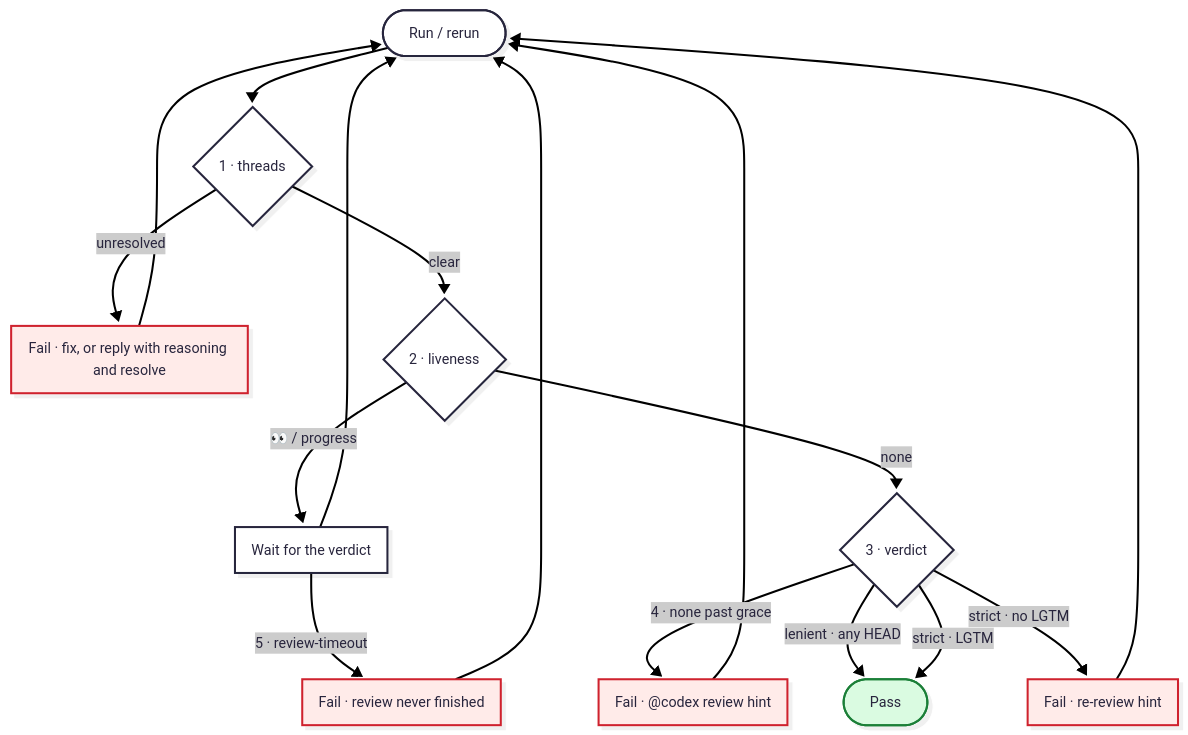
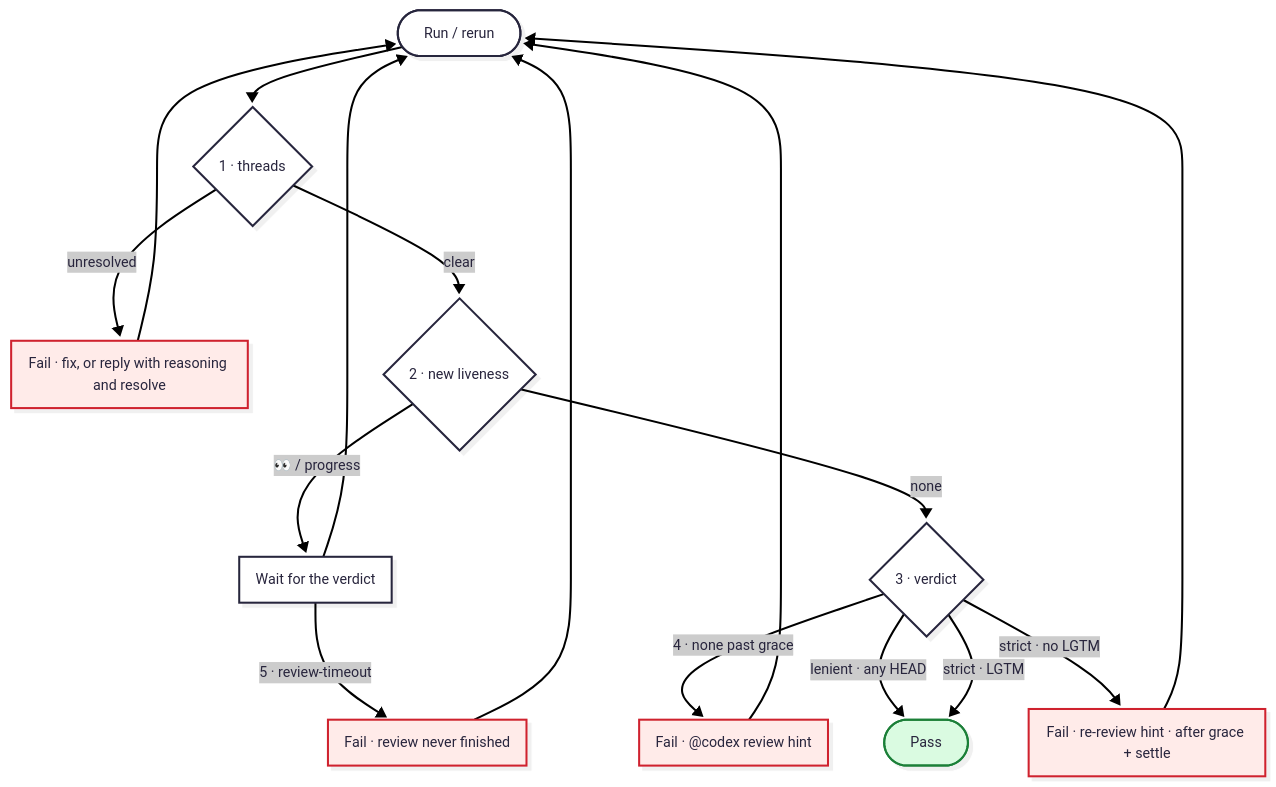
The diagram in README.md (kkkiio/codex-review-check), drawn with Mermaid before and after one commit. The commit also changed other lines of this file, not shown here.

Commit message:
Qualify the liveness edge and the strict failure timing
Only liveness newer than the latest completed verdict starts a wait —
leftover 👀 from a completed review does not — so the diamond now reads
"new liveness". The strict no-LGTM failure fires only after grace and
the settle window, which the diagram node and chain entry now say.

````diff
--- a/README.md
+++ b/README.md
@@ -36,27 +36,27 @@
 ```mermaid
 ---
 config:
   look: neo
   theme: redux
 ---
 flowchart TB
     A([Run / rerun]) --> B{1 · threads}
     B -- unresolved --> C[Fail · fix, or reply with reasoning and resolve]
     C --> A
-    B -- clear --> D{2 · liveness}
+    B -- clear --> D{2 · new liveness}
     D -- "👀 / progress" --> E[Wait for the verdict]
     E --> A
     E -- "5 · review-timeout" --> J[Fail · review never finished]
     J --> A
     D -- none --> F{3 · verdict}
     F -- "4 · none past grace" --> G[Fail · @codex review hint]
     G --> A
     F -- "lenient · any HEAD" --> H([Pass])
     F -- "strict · LGTM" --> H
-    F -- "strict · no LGTM" --> I[Fail · re-review hint]
+    F -- "strict · no LGTM" --> I[Fail · re-review hint · after grace + settle]
     I --> A
     classDef pass fill:#dafbe1,stroke:#1a7f37
     classDef fail fill:#ffebe9,stroke:#cf222e
     class H pass
     class C,G,I,J fail
 ```
````
